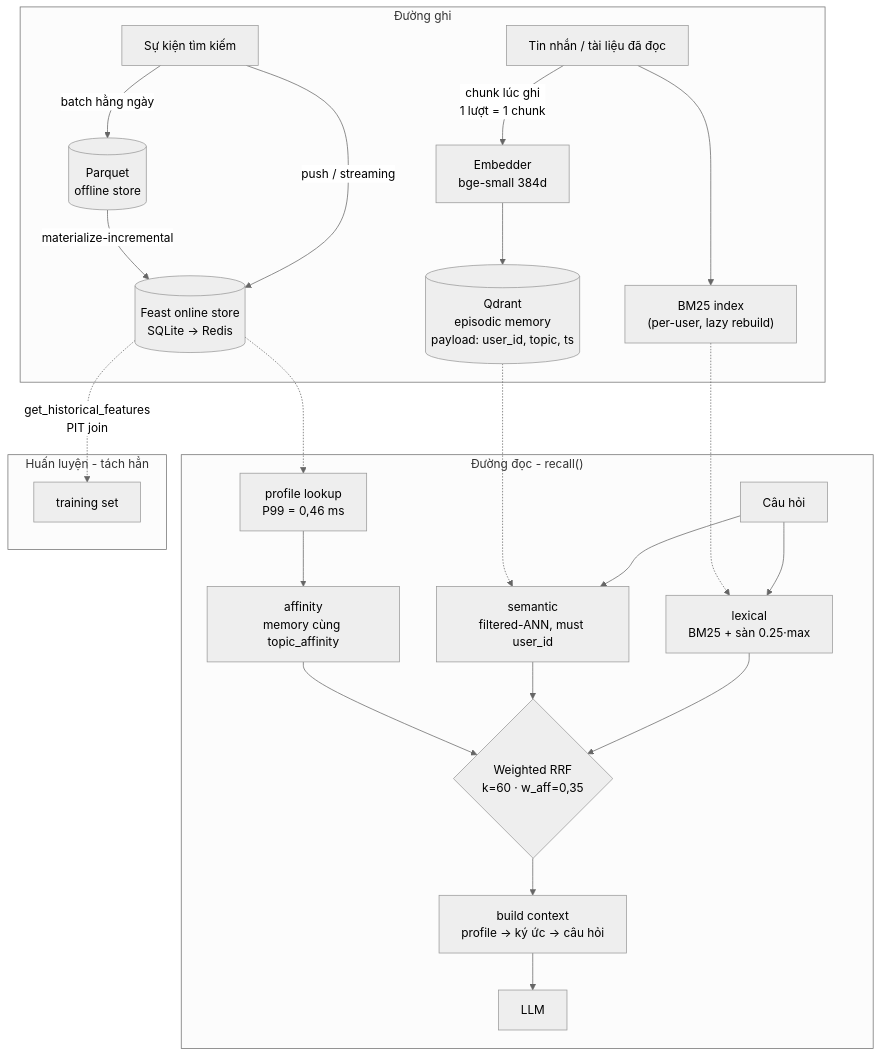
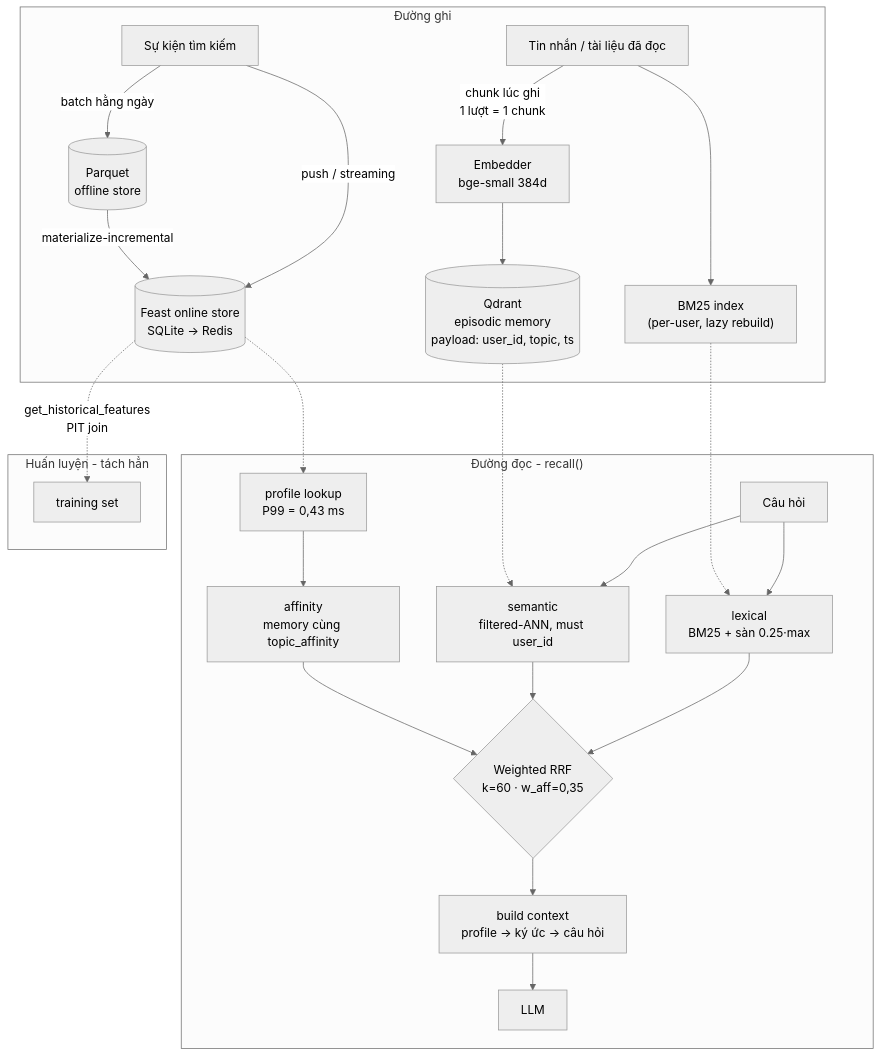
Before and after one commit to byteofcuong/Day19-Track2-NguyenPhuCuong: the diagram in bonus/ARCHITECTURE.md, drawn with Mermaid (neutral theme). The commit also changed other lines of this file and 1 other file, not shown here.

````diff
--- a/bonus/ARCHITECTURE.md
+++ b/bonus/ARCHITECTURE.md
@@ -15,30 +15,30 @@
 ```mermaid
 flowchart TB
     subgraph W["Đường ghi"]
         M["Tin nhắn / tài liệu đã đọc"] -->|"chunk lúc ghi<br/>1 lượt = 1 chunk"| EMB["Embedder<br/>bge-small 384d"]
         EMB --> QD[("Qdrant<br/>episodic memory<br/>payload: user_id, topic, ts")]
         M --> BM["BM25 index<br/>(per-user, lazy rebuild)"]
         EV["Sự kiện tìm kiếm"] -->|"batch hằng ngày"| PQ[("Parquet<br/>offline store")]
         EV -->|"push / streaming"| ON
         PQ -->|"materialize-incremental"| ON[("Feast online store<br/>SQLite → Redis")]
     end
 
     subgraph R["Đường đọc - recall()"]
         Q["Câu hỏi"] --> L1["lexical<br/>BM25 + sàn 0.25·max"]
         Q --> L2["semantic<br/>filtered-ANN, must user_id"]
-        P["profile lookup<br/>P99 = 0,46 ms"] --> L3["affinity<br/>memory cùng topic_affinity"]
+        P["profile lookup<br/>P99 = 0,43 ms"] --> L3["affinity<br/>memory cùng topic_affinity"]
         L1 --> RRF{"Weighted RRF<br/>k=60 · w_aff=0,35"}
         L2 --> RRF
         L3 --> RRF
         RRF --> CTX["build context<br/>profile → ký ức → câu hỏi"]
         CTX --> LLM["LLM"]
     end
 
     QD -.-> L2
     BM -.-> L1
     ON -.-> P
 
     subgraph T["Huấn luyện - tách hẳn"]
         ON -.->|"get_historical_features<br/>PIT join"| TR["training set"]
     end
 ```
````
